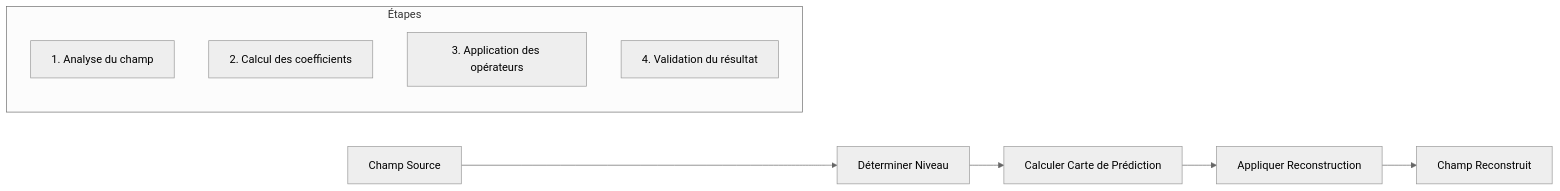
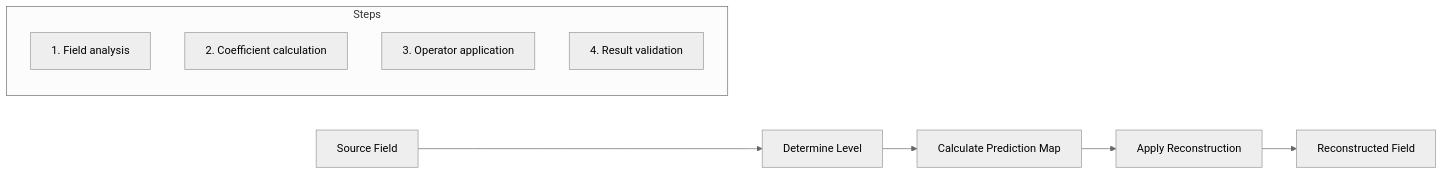
Before and after one commit to sbstndb/samurai: the fifth of 9 diagrams in docs/reconstruction_system.md, drawn with Mermaid (neutral theme). The commit also changed other lines of this file and 8 other files, not shown here.

````diff
--- a/docs/reconstruction_system.md
+++ b/docs/reconstruction_system.md
@@ -136,14 +136,14 @@
 ```mermaid
 graph LR
-    A[Champ Source] --> B[Déterminer Niveau]
-    B --> C[Calculer Carte de Prédiction]
-    C --> D[Appliquer Reconstruction]
-    D --> E[Champ Reconstruit]
+    A[Source Field] --> B[Determine Level]
+    B --> C[Calculate Prediction Map]
+    C --> D[Apply Reconstruction]
+    D --> E[Reconstructed Field]
     
-    subgraph "Étapes"
-        F[1. Analyse du champ]
-        G[2. Calcul des coefficients]
-        H[3. Application des opérateurs]
-        I[4. Validation du résultat]
+    subgraph "Steps"
+        F[1. Field analysis]
+        G[2. Coefficient calculation]
+        H[3. Operator application]
+        I[4. Result validation]
     end
 ```
````
